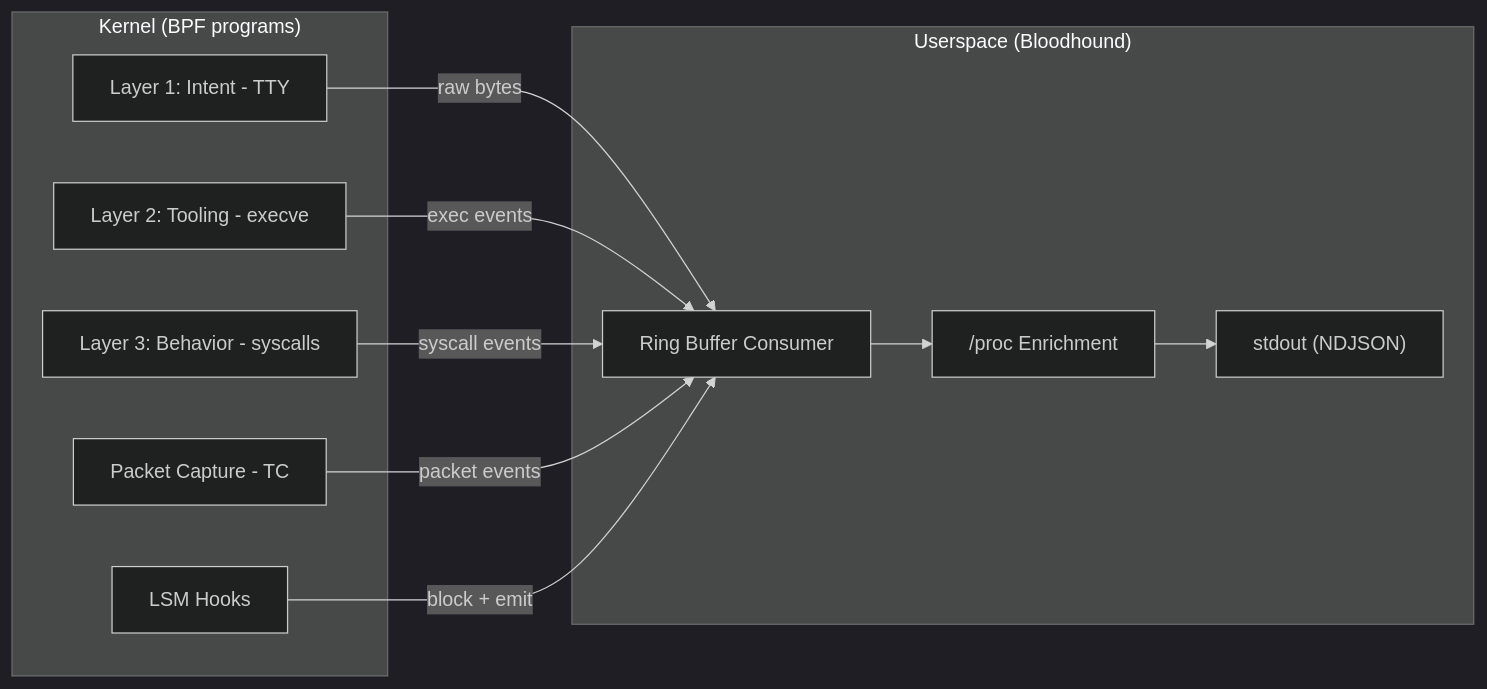
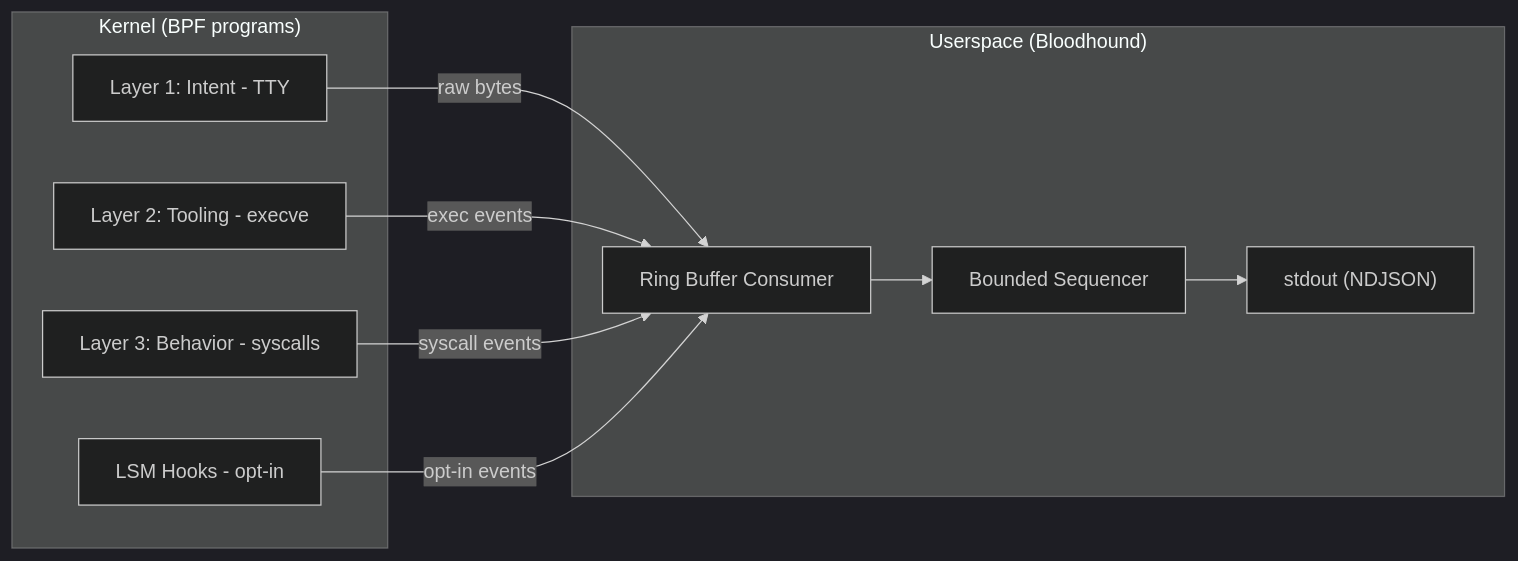
The diagram in docs/tracing.md (abyss0-dev/bloodhound), drawn with Mermaid (dark theme) before and after one commit. The commit also changed other lines of this file and 41 other files, not shown here.

````diff
--- a/docs/tracing.md
+++ b/docs/tracing.md
@@ -6,24 +6,22 @@
 ```mermaid
 graph LR
     subgraph "Kernel (BPF programs)"
         L1[Layer 1: Intent - TTY]
         L2[Layer 2: Tooling - execve]
         L3[Layer 3: Behavior - syscalls]
-        PKT[Packet Capture - TC]
-        LSM[LSM Hooks]
+        LSM[LSM Hooks - opt-in]
     end
 
     subgraph "Userspace (Bloodhound)"
         RB[Ring Buffer Consumer]
-        ENRICH["/proc Enrichment"]
+        SEQ[Bounded Sequencer]
         OUT["stdout (NDJSON)"]
     end
 
     L1 -->|raw bytes| RB
     L2 -->|exec events| RB
     L3 -->|syscall events| RB
-    PKT -->|packet events| RB
-    LSM -->|block + emit| RB
-    RB --> ENRICH
-    ENRICH --> OUT
+    LSM -->|opt-in events| RB
+    RB --> SEQ
+    SEQ --> OUT
 ```
````
